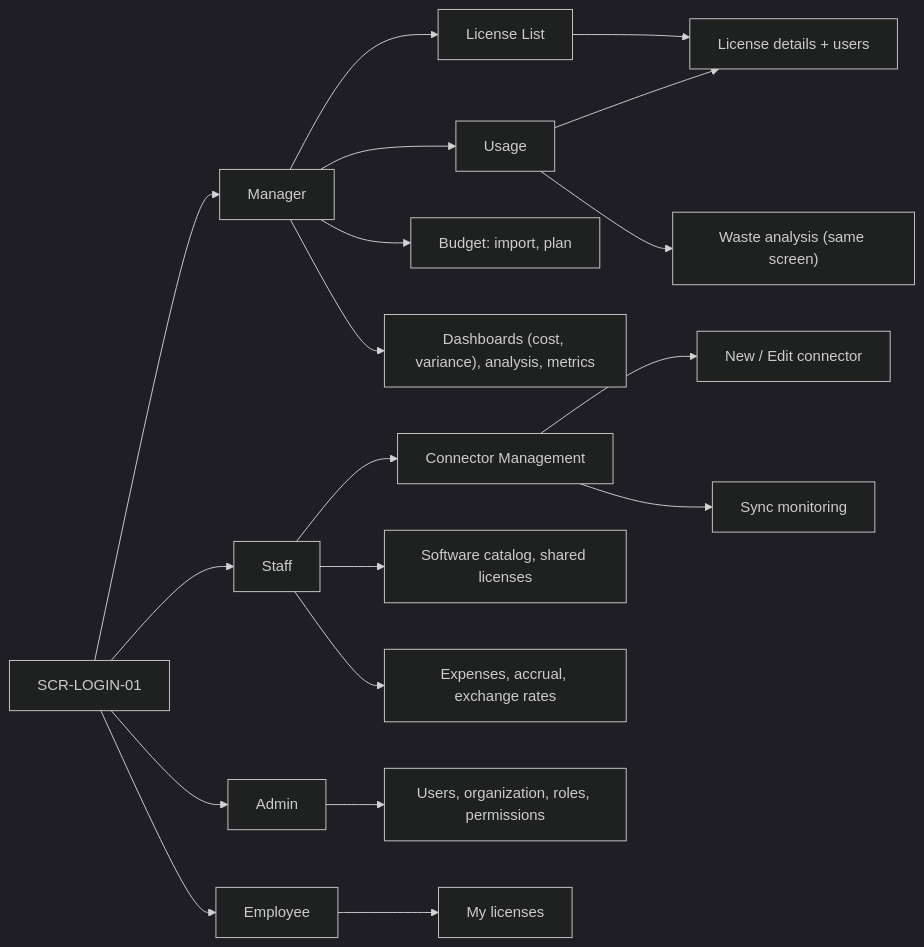
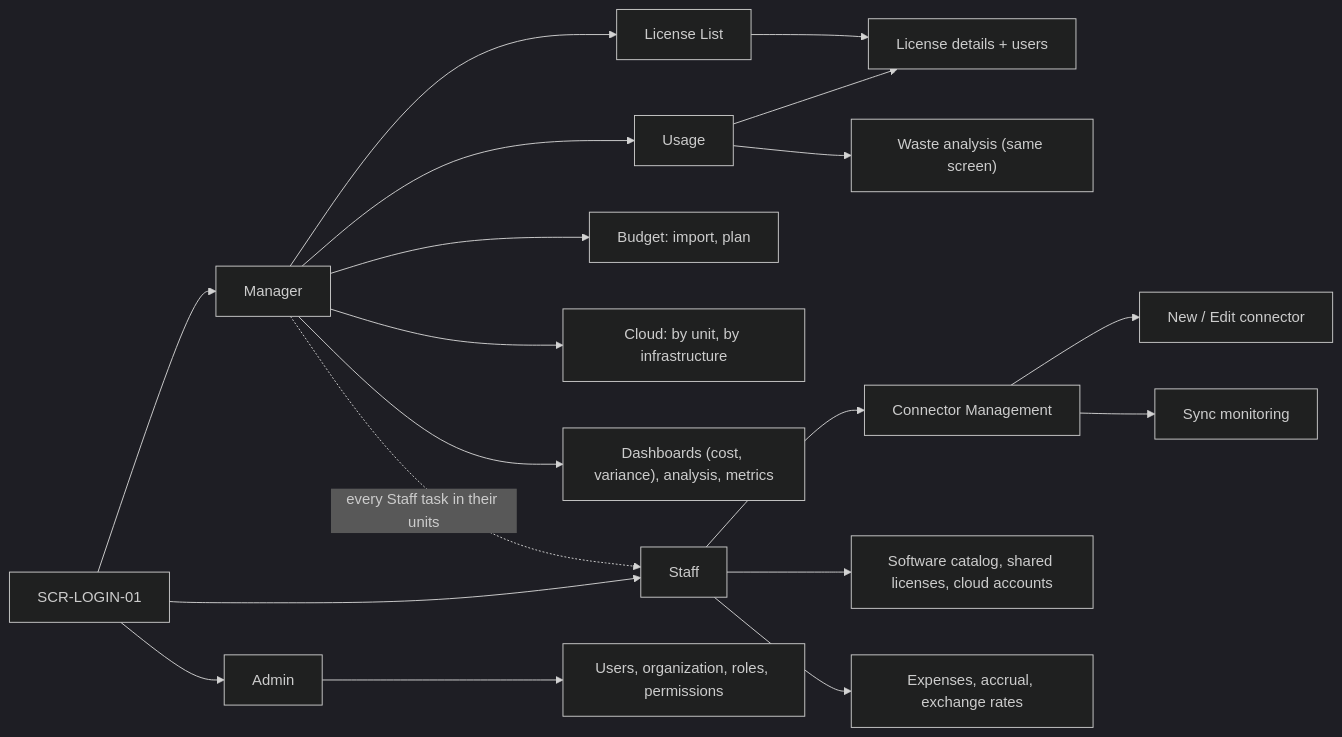
One commit to cuonglpv/VFast changed the diagram in docs/04-information-architecture-manager.md. Above: the diagram before and after it, drawn with Mermaid (dark theme). The commit also changed other lines of this file and 68 other files, not shown here.

First line of the commit message:
docs: add architecture docs (arc42, C4, UML) and restructure docs

````diff
--- a/docs/04-information-architecture-manager.md
+++ b/docs/04-information-architecture-manager.md
@@ -65,18 +68,18 @@
 ```mermaid
 flowchart LR
     Login["SCR-LOGIN-01"] --> M["Manager"]
     Login --> S["Staff"]
     Login --> A["Admin"]
-    Login --> E["Employee"]
     M --> LL["License List"] --> LD["License details + users"]
     M --> US["Usage"] --> LD
     US --> WA["Waste analysis (same screen)"]
     M --> BU["Budget: import, plan"]
+    M --> CL["Cloud: by unit, by infrastructure"]
     M --> AN["Dashboards (cost, variance), analysis, metrics"]
+    M -. "every Staff task in their units" .-> S
     S --> CM["Connector Management"] --> CF["New / Edit connector"]
     CM --> SY["Sync monitoring"]
-    S --> CA["Software catalog, shared licenses"]
+    S --> CA["Software catalog, shared licenses, cloud accounts"]
     S --> FI["Expenses, accrual, exchange rates"]
     A --> AD["Users, organization, roles, permissions"]
-    E --> MY["My licenses"]
 ```
````
